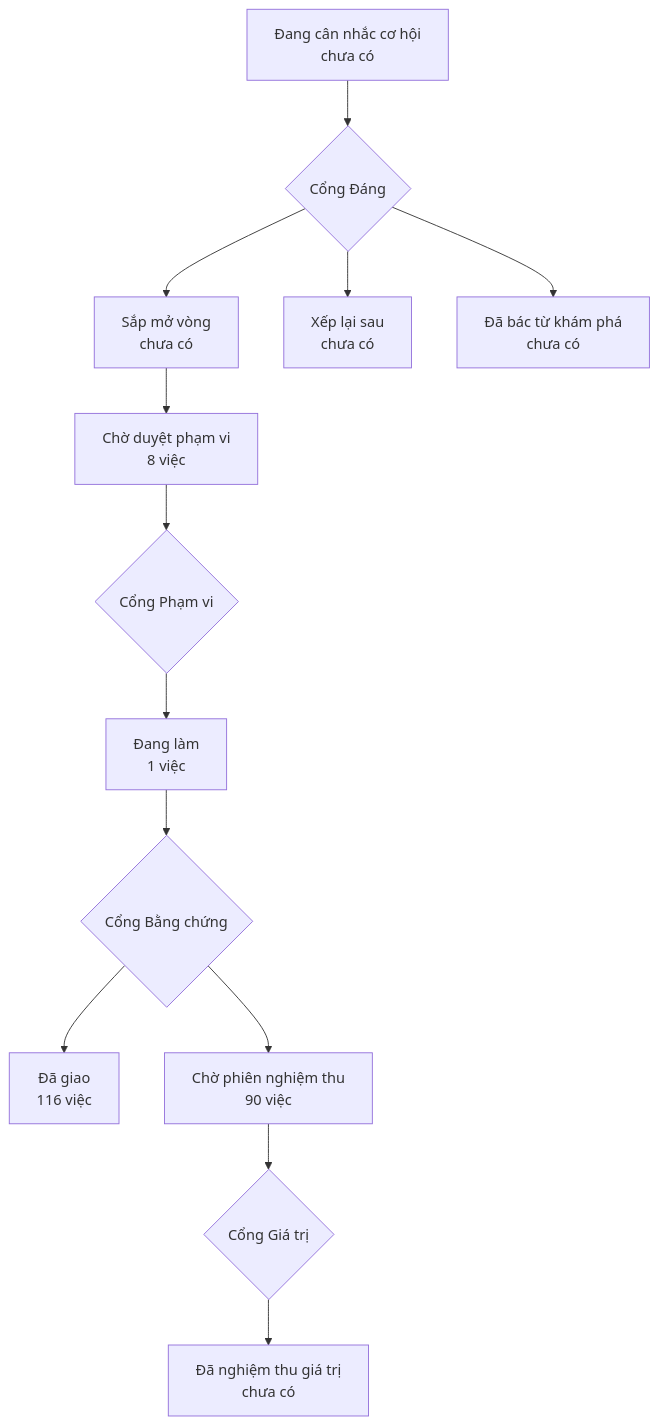
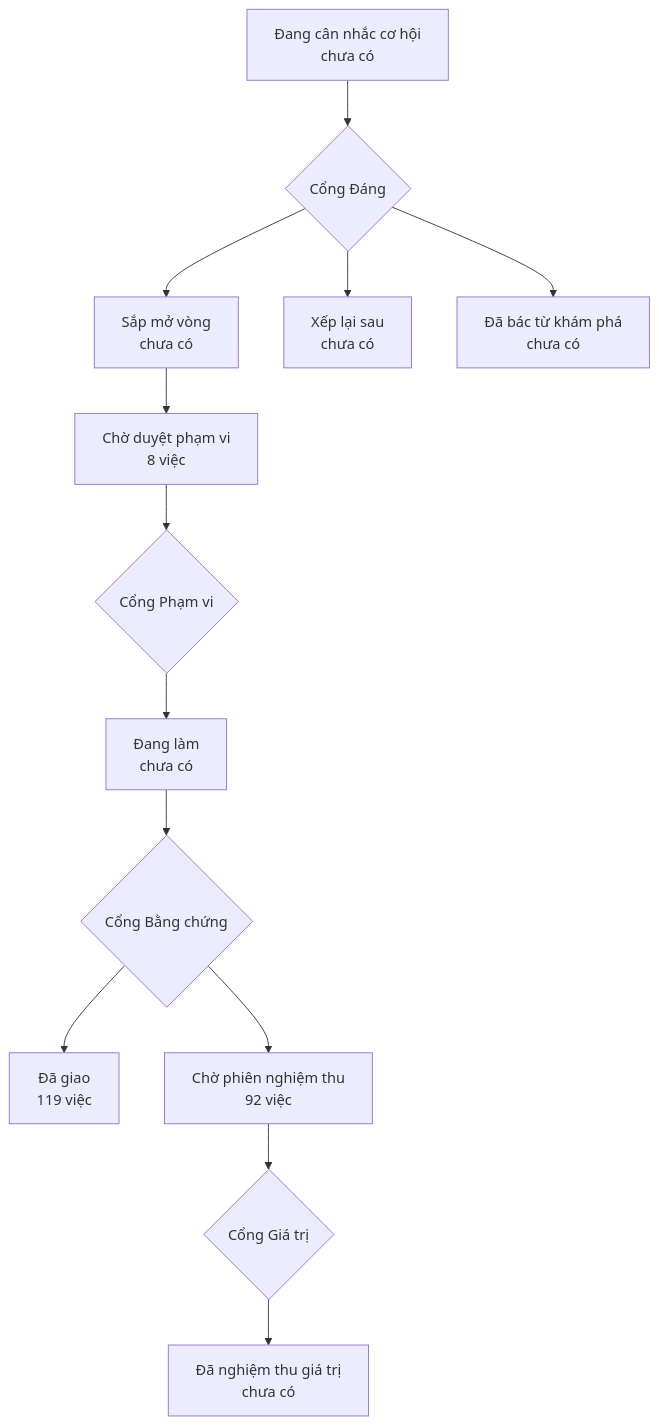
The diagram in PRODUCT-MAP.md (phanlemanh/onehub-invest), drawn with Mermaid before and after one commit. The commit also changed other lines of this file and 7 other files, not shown here.

````diff
--- a/PRODUCT-MAP.md
+++ b/PRODUCT-MAP.md
@@ -7,12 +7,12 @@
 ```mermaid
 flowchart TD
   A["Đang cân nhắc cơ hội<br/>chưa có"] --> GD{"Cổng Đáng"}
   GD --> B["Sắp mở vòng<br/>chưa có"]
   GD --> XL["Xếp lại sau<br/>chưa có"]
   GD --> DB["Đã bác từ khám phá<br/>chưa có"]
   B --> CD["Chờ duyệt phạm vi<br/>8 việc"] --> GP{"Cổng Phạm vi"}
-  GP --> DL["Đang làm<br/>1 việc"] --> GB{"Cổng Bằng chứng"}
-  GB --> DG["Đã giao<br/>116 việc"]
-  GB --> CN["Chờ phiên nghiệm thu<br/>90 việc"] --> GG{"Cổng Giá trị"}
+  GP --> DL["Đang làm<br/>chưa có"] --> GB{"Cổng Bằng chứng"}
+  GB --> DG["Đã giao<br/>119 việc"]
+  GB --> CN["Chờ phiên nghiệm thu<br/>92 việc"] --> GG{"Cổng Giá trị"}
   GG --> NT["Đã nghiệm thu giá trị<br/>chưa có"]
 ```
````
